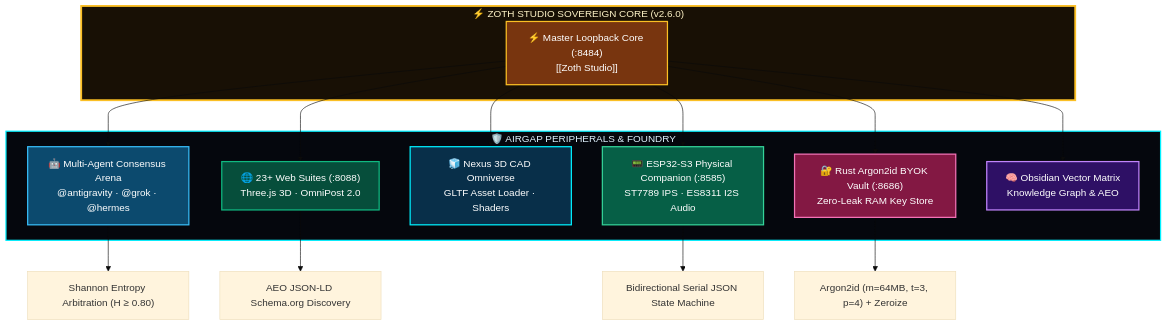
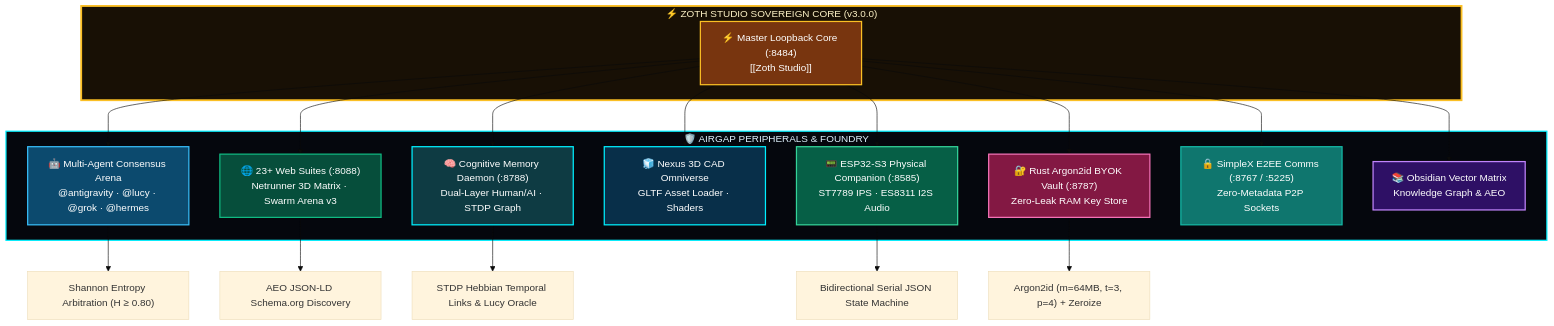
Before and after one commit to 1nc0gn30/zoth-studiov3: the diagram in docs-and-architecture/Zoth Studio.md, drawn with Mermaid (base theme). The commit also changed other lines of this file and 135 other files, not shown here.

First line of the commit message:
feat(ui): Sovereign Master Navigation v12.1, full theme parity & tactile audio across studio

````diff
--- a/docs-and-architecture/Zoth Studio.md
+++ b/docs-and-architecture/Zoth Studio.md
@@ -42,38 +43,45 @@
 ```mermaid
 flowchart TB
-    subgraph Core["⚡ ZOTH STUDIO SOVEREIGN CORE (v2.6.0)"]
+    subgraph Core["⚡ ZOTH STUDIO SOVEREIGN CORE (v3.0.0)"]
         ZS["⚡ Master Loopback Core (:8484)<br/>[[Zoth Studio]]"]
     end
 
     subgraph Peripherals["🛡️ AIRGAP PERIPHERALS & FOUNDRY"]
-        AH["🤖 Multi-Agent Consensus Arena<br/>@antigravity · @grok · @hermes"]
-        WG["🌐 23+ Web Suites (:8088)<br/>Three.js 3D · OmniPost 2.0"]
+        AH["🤖 Multi-Agent Consensus Arena<br/>@antigravity · @lucy · @grok · @hermes"]
+        WG["🌐 23+ Web Suites (:8088)<br/>Netrunner 3D Matrix · Swarm Arena v3"]
+        MEM["🧠 Cognitive Memory Daemon (:8788)<br/>Dual-Layer Human/AI · STDP Graph"]
         CAD["🧊 Nexus 3D CAD Omniverse<br/>GLTF Asset Loader · Shaders"]
         HW["📟 ESP32-S3 Physical Companion (:8585)<br/>ST7789 IPS · ES8311 I2S Audio"]
-        VT["🔐 Rust Argon2id BYOK Vault (:8686)<br/>Zero-Leak RAM Key Store"]
-        KB["🧠 Obsidian Vector Matrix<br/>Knowledge Graph & AEO"]
+        VT["🔐 Rust Argon2id BYOK Vault (:8787)<br/>Zero-Leak RAM Key Store"]
+        SX["🔒 SimpleX E2EE Comms (:8767 / :5225)<br/>Zero-Metadata P2P Sockets"]
+        KB["📚 Obsidian Vector Matrix<br/>Knowledge Graph & AEO"]
     end
 
     ZS --> AH
     ZS --> WG
+    ZS --> MEM
     ZS --> CAD
     ZS --> HW
     ZS --> VT
+    ZS --> SX
     ZS --> KB
 
     AH --> AH1["Shannon Entropy Arbitration (H ≥ 0.80)"]
+    MEM --> MEM1["STDP Hebbian Temporal Links & Lucy Oracle"]
     WG --> WG1["AEO JSON-LD Schema.org Discovery"]
     HW --> HW1["Bidirectional Serial JSON State Machine"]
     VT --> VT1["Argon2id (m=64MB, t=3, p=4) + Zeroize"]
 
     style Core fill:#181005,stroke:#fbbf24,stroke-width:3px,color:#fef3c7
     style Peripherals fill:#05070d,stroke:#00f0ff,stroke-width:2px,color:#e0f2fe
 
     style ZS fill:#78350f,stroke:#fbbf24,stroke-width:2px,color:#fff
     style AH fill:#0c4a6e,stroke:#38bdf8,stroke-width:2px,color:#fff
+    style MEM fill:#0e3b43,stroke:#00f0ff,stroke-width:2px,color:#fff
     style WG fill:#064e3b,stroke:#10b981,stroke-width:2px,color:#fff
     style CAD fill:#082f49,stroke:#00f0ff,stroke-width:2px,color:#fff
     style HW fill:#065f46,stroke:#34d399,stroke-width:2px,color:#fff
     style VT fill:#831843,stroke:#f472b6,stroke-width:2px,color:#fff
+    style SX fill:#0f766e,stroke:#14b8a6,stroke-width:2px,color:#fff
     style KB fill:#2e1065,stroke:#c084fc,stroke-width:2px,color:#fff
 ```
````
